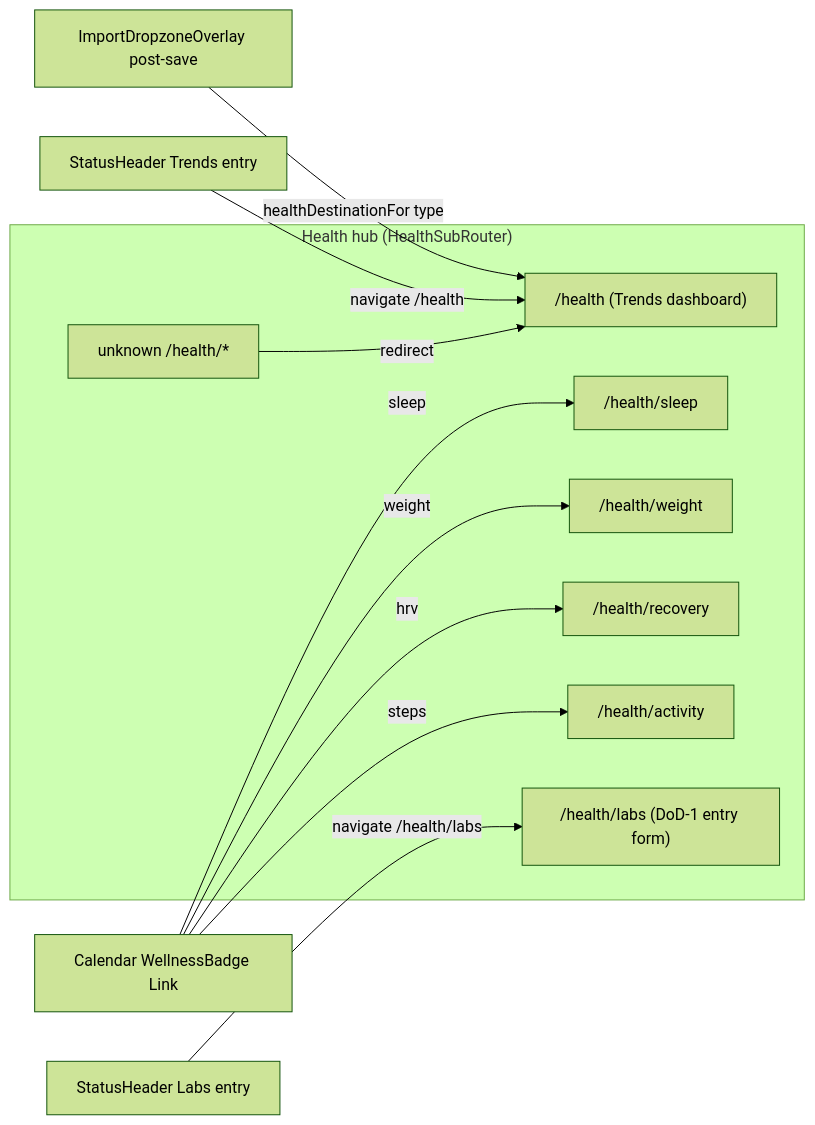
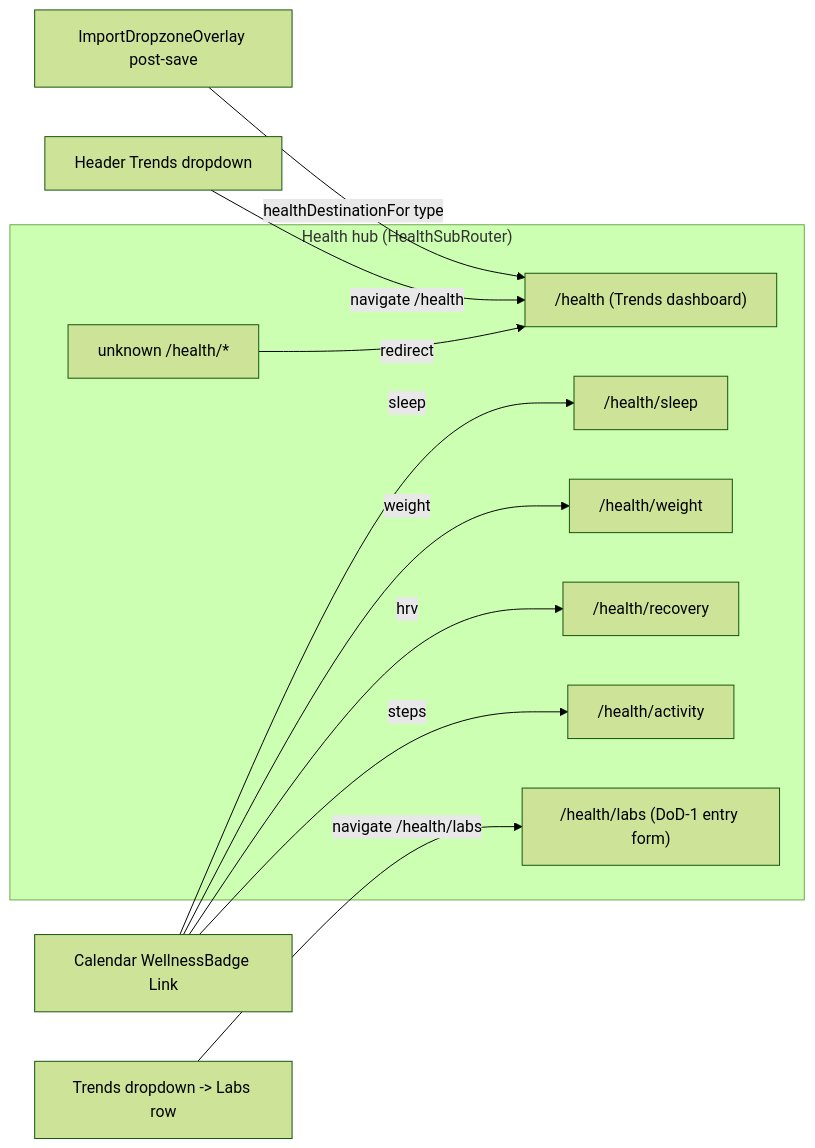
One commit to pablo-albaladejo/kaiord changed the second of 3 diagrams in packages/workout-spa-editor/docs/navigation-map.md. Above: the diagram before and after it, drawn with Mermaid (forest theme). The commit also changed other lines of this file and 54 other files, not shown here.

````diff
--- a/packages/workout-spa-editor/docs/navigation-map.md
+++ b/packages/workout-spa-editor/docs/navigation-map.md
@@ -95,19 +97,19 @@
 ```mermaid
 graph LR
   subgraph HealthHub["Health hub (HealthSubRouter)"]
     HD["/health (Trends dashboard)"]
     HS["/health/sleep"]
     HW["/health/weight"]
     HR["/health/recovery"]
     HA["/health/activity"]
     HL["/health/labs (DoD-1 entry form)"]
     HX["unknown /health/*"] -->|redirect| HD
   end
-  STATUS["StatusHeader Trends entry"] -->|navigate /health| HD
-  STATUSLABS["StatusHeader Labs entry"] -->|navigate /health/labs| HL
+  STATUS["Header Trends dropdown"] -->|navigate /health| HD
+  STATUSLABS["Trends dropdown -> Labs row"] -->|navigate /health/labs| HL
   BADGE["Calendar WellnessBadge Link"] -->|sleep| HS
   BADGE -->|hrv| HR
   BADGE -->|weight| HW
   BADGE -->|steps| HA
   IMPORT["ImportDropzoneOverlay post-save"] -->|healthDestinationFor type| HD
 ```
````
